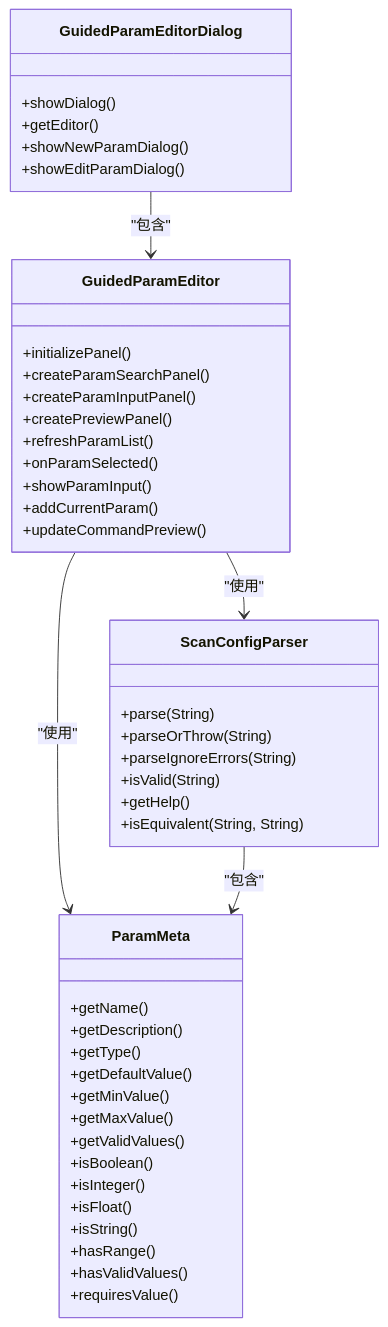
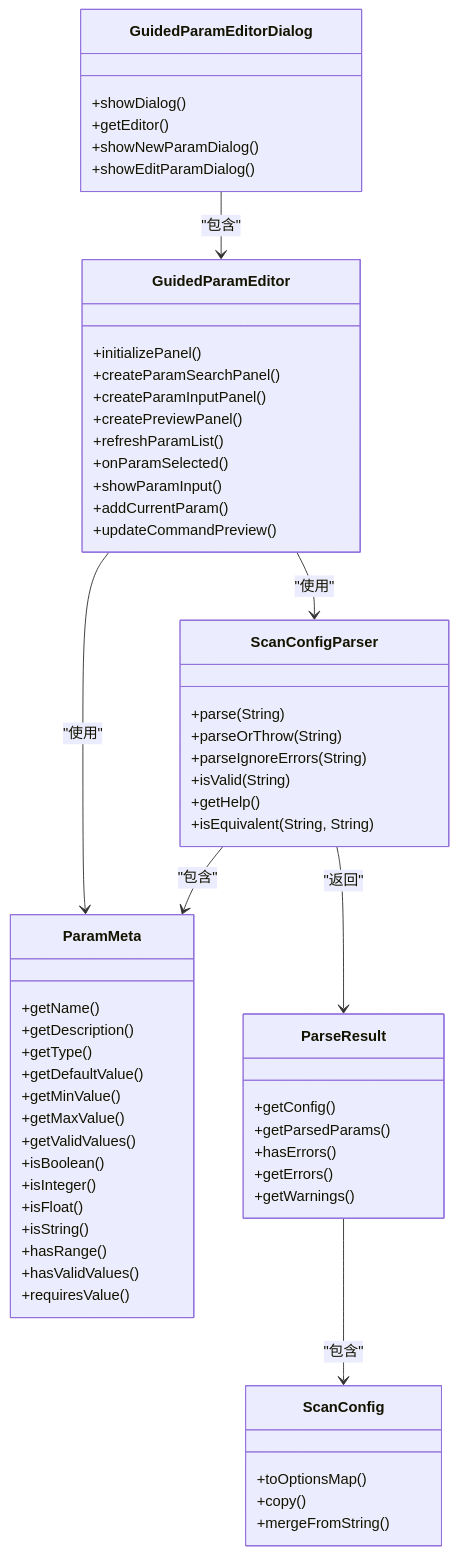
Before and after one commit to GitHubNull/sqlmapWebUI: the second of 6 diagrams in .qoder/repowiki/zh/content/业务逻辑层/引导式参数编辑器.md, drawn with Mermaid. The commit also changed other lines of this file and 14 other files, not shown here.

First line of the commit message:
feat: 添加扫描配置命令行视图及任务状态修复

````diff
--- a/.qoder/repowiki/zh/content/业务逻辑层/引导式参数编辑器.md
+++ b/.qoder/repowiki/zh/content/业务逻辑层/引导式参数编辑器.md
@@ -80,48 +90,62 @@
 ```mermaid
 classDiagram
 class GuidedParamEditor {
 +initializePanel()
 +createParamSearchPanel()
 +createParamInputPanel()
 +createPreviewPanel()
 +refreshParamList()
 +onParamSelected()
 +showParamInput()
 +addCurrentParam()
 +updateCommandPreview()
 }
 class GuidedParamEditorDialog {
 +showDialog()
 +getEditor()
 +showNewParamDialog()
 +showEditParamDialog()
 }
 class ScanConfigParser {
 +parse(String)
 +parseOrThrow(String)
 +parseIgnoreErrors(String)
 +isValid(String)
 +getHelp()
 +isEquivalent(String, String)
 }
 class ParamMeta {
 +getName()
 +getDescription()
 +getType()
 +getDefaultValue()
 +getMinValue()
 +getMaxValue()
 +getValidValues()
 +isBoolean()
 +isInteger()
 +isFloat()
 +isString()
 +hasRange()
 +hasValidValues()
 +requiresValue()
 }
+class ParseResult {
++getConfig()
++getParsedParams()
++hasErrors()
++getErrors()
++getWarnings()
+}
+class ScanConfig {
++toOptionsMap()
++copy()
++mergeFromString()
+}
 GuidedParamEditor --> ScanConfigParser : "使用"
 GuidedParamEditor --> ParamMeta : "使用"
 GuidedParamEditorDialog --> GuidedParamEditor : "包含"
 ScanConfigParser --> ParamMeta : "包含"
+ScanConfigParser --> ParseResult : "返回"
+ParseResult --> ScanConfig : "包含"
 ```
````
